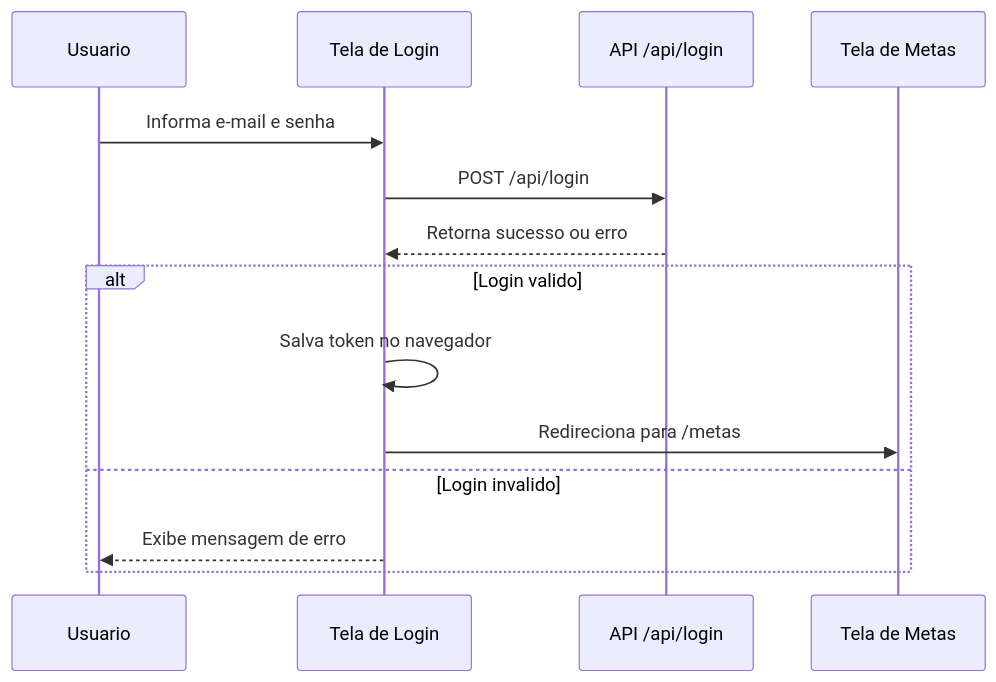
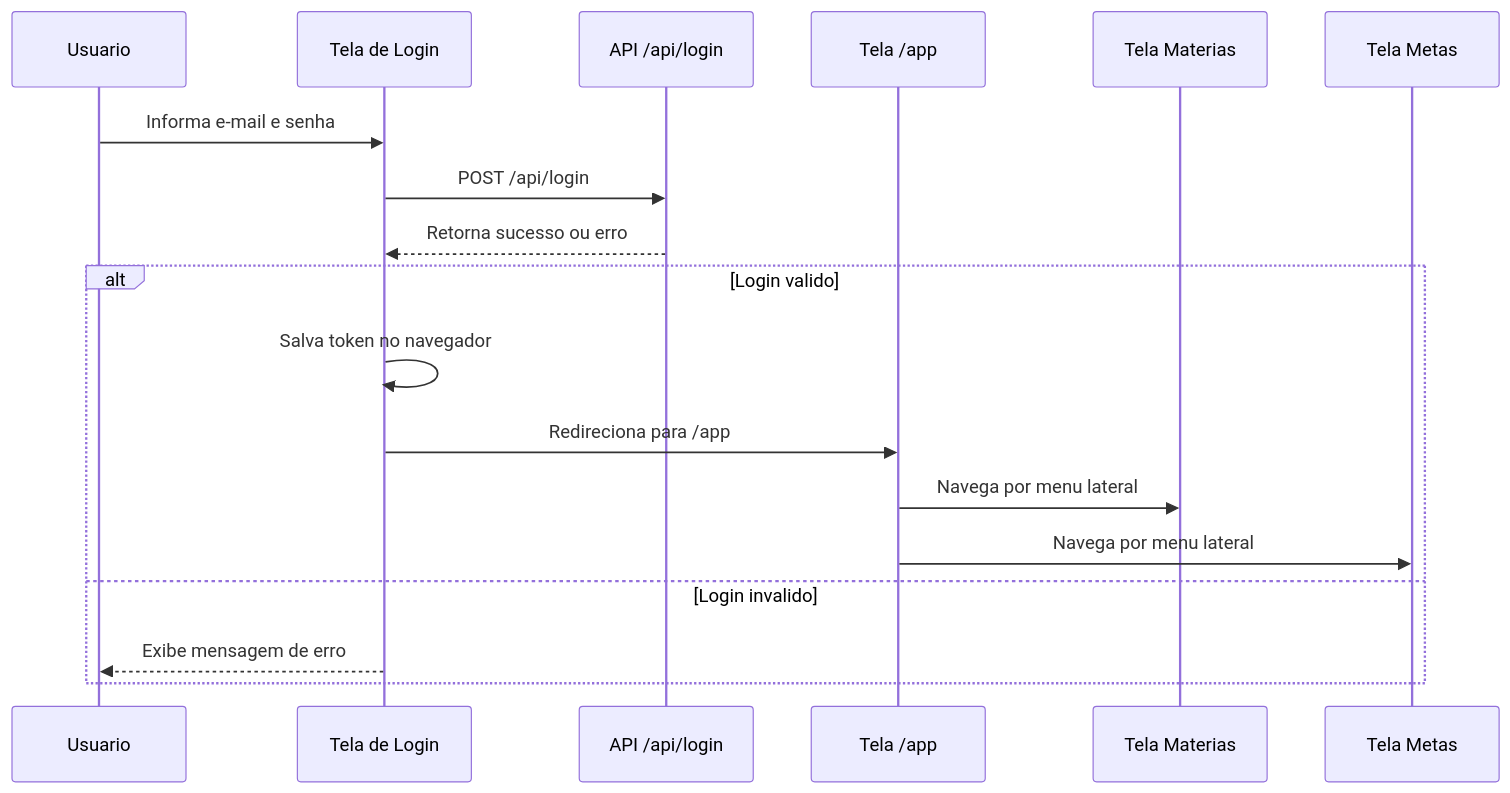
Before and after one commit to art4raujo0/xp-diario: the fourth of 5 diagrams in docs/DIAGRAMAS_TELAS_USUARIO_FINAL.md, drawn with Mermaid. The commit also changed other lines of this file and 11 other files, not shown here.

Commit message:
feat: adiciona fluxo app com menu lateral, tela de materias e atualiza docs

````diff
--- a/docs/DIAGRAMAS_TELAS_USUARIO_FINAL.md
+++ b/docs/DIAGRAMAS_TELAS_USUARIO_FINAL.md
@@ -38,17 +63,21 @@
 ```mermaid
 sequenceDiagram
     participant U as Usuario
     participant TL as Tela de Login
     participant API as API /api/login
-    participant TM as Tela de Metas
+    participant APP as Tela /app
+    participant TMAT as Tela Materias
+    participant TMET as Tela Metas
 
     U->>TL: Informa e-mail e senha
     TL->>API: POST /api/login
     API-->>TL: Retorna sucesso ou erro
     alt Login valido
         TL->>TL: Salva token no navegador
-        TL->>TM: Redireciona para /metas
+        TL->>APP: Redireciona para /app
+        APP->>TMAT: Navega por menu lateral
+        APP->>TMET: Navega por menu lateral
     else Login invalido
         TL-->>U: Exibe mensagem de erro
     end
 ```
````
